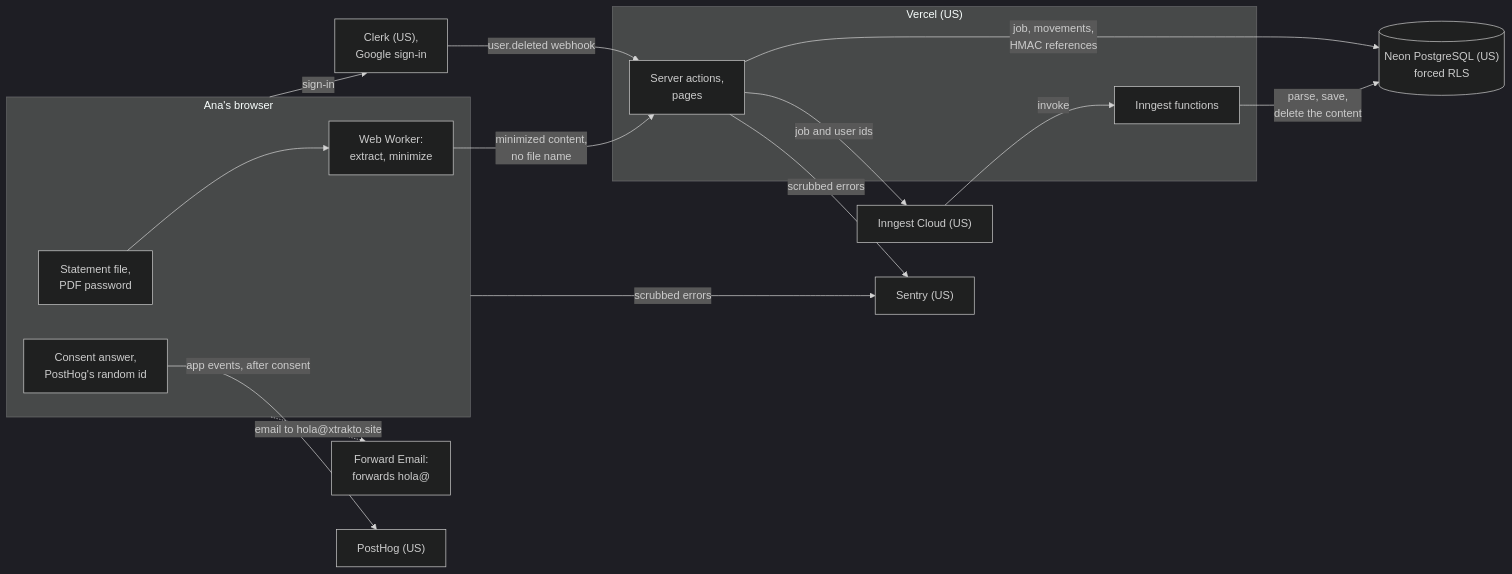
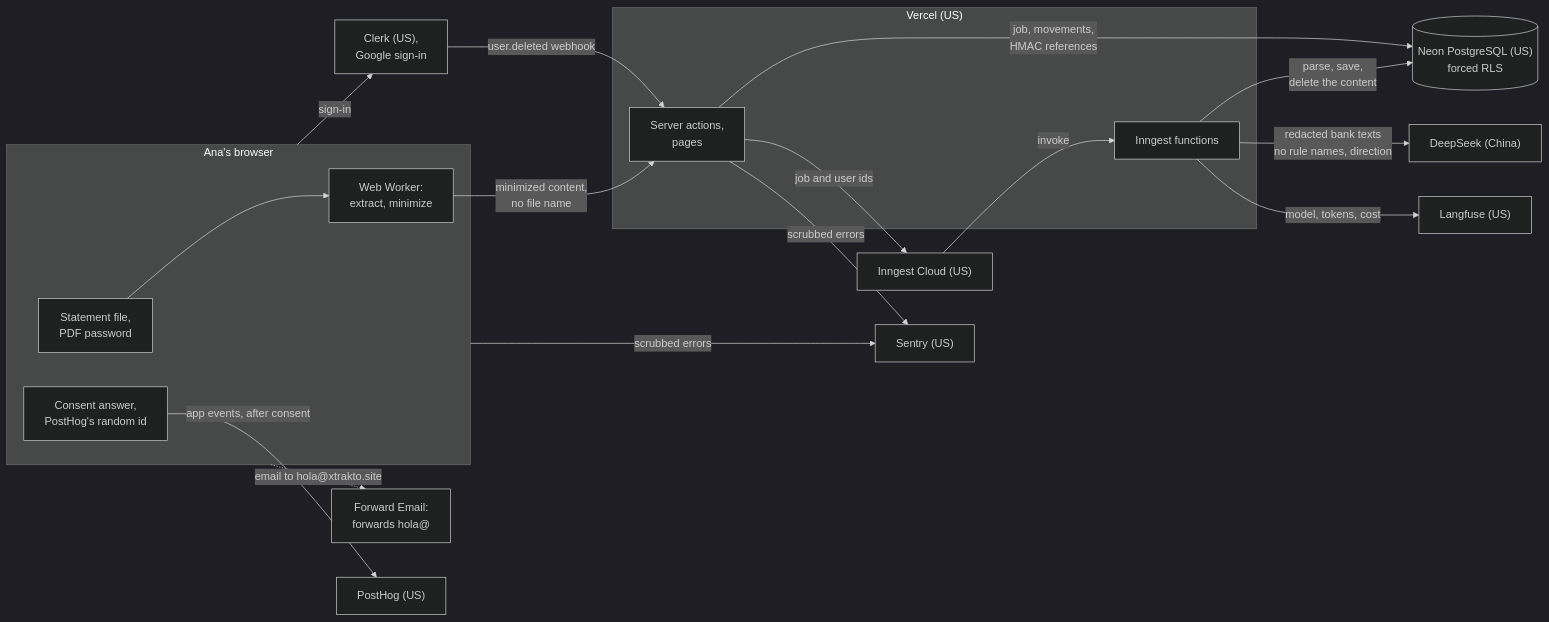
One commit to ingcarlostello/xtrakto changed the diagram in docs/data-flow.md. Above: the diagram before and after it, drawn with Mermaid (dark theme). The commit also changed other lines of this file and 18 other files, not shown here.

````diff
--- a/docs/data-flow.md
+++ b/docs/data-flow.md
@@ -7,31 +7,35 @@
 ```mermaid
 flowchart LR
     subgraph Browser["Ana's browser"]
         F["Statement file,<br/>PDF password"]
         W["Web Worker:<br/>extract, minimize"]
         C["Consent answer,<br/>PostHog's random id"]
         F --> W
     end
     subgraph Vercel["Vercel (US)"]
         S["Server actions,<br/>pages"]
         J["Inngest functions"]
     end
     DB[("Neon PostgreSQL (US)<br/>forced RLS")]
     I["Inngest Cloud (US)"]
     K["Clerk (US),<br/>Google sign-in"]
     SE["Sentry (US)"]
     PH["PostHog (US)"]
+    DS["DeepSeek (China)"]
+    LF["Langfuse (US)"]
     H["Forward Email:<br/>forwards hola@"]
 
     W -- "minimized content,<br/>no file name" --> S
     S -- "job, movements,<br/>HMAC references" --> DB
     S -- "job and user ids" --> I
     I -- "invoke" --> J
     J -- "parse, save,<br/>delete the content" --> DB
+    J -- "redacted bank texts<br/>no rule names, direction" --> DS
+    J -- "model, tokens, cost" --> LF
     Browser -- "sign-in" --> K
     K -- "user.deleted webhook" --> S
     Browser -- "scrubbed errors" --> SE
     S -- "scrubbed errors" --> SE
     C -- "app events, after consent" --> PH
     Browser -. "email to hola@xtrakto.site" .-> H
 ```
````
